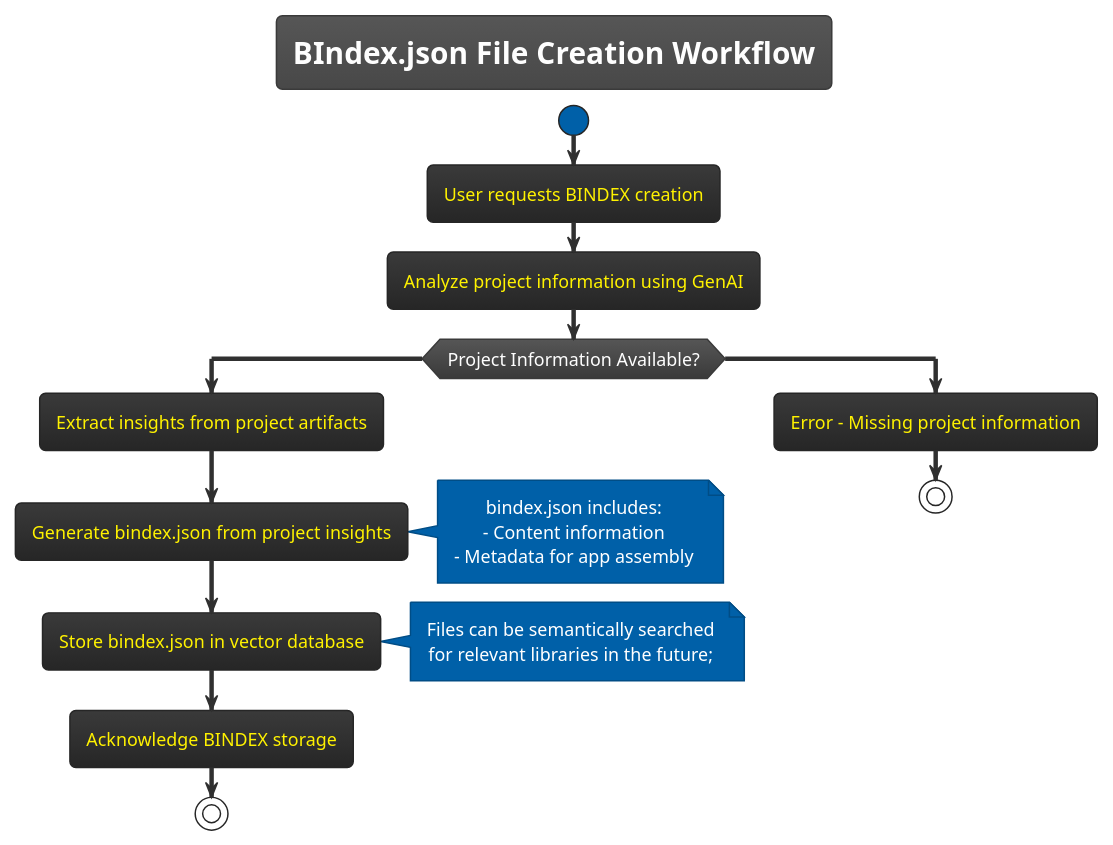
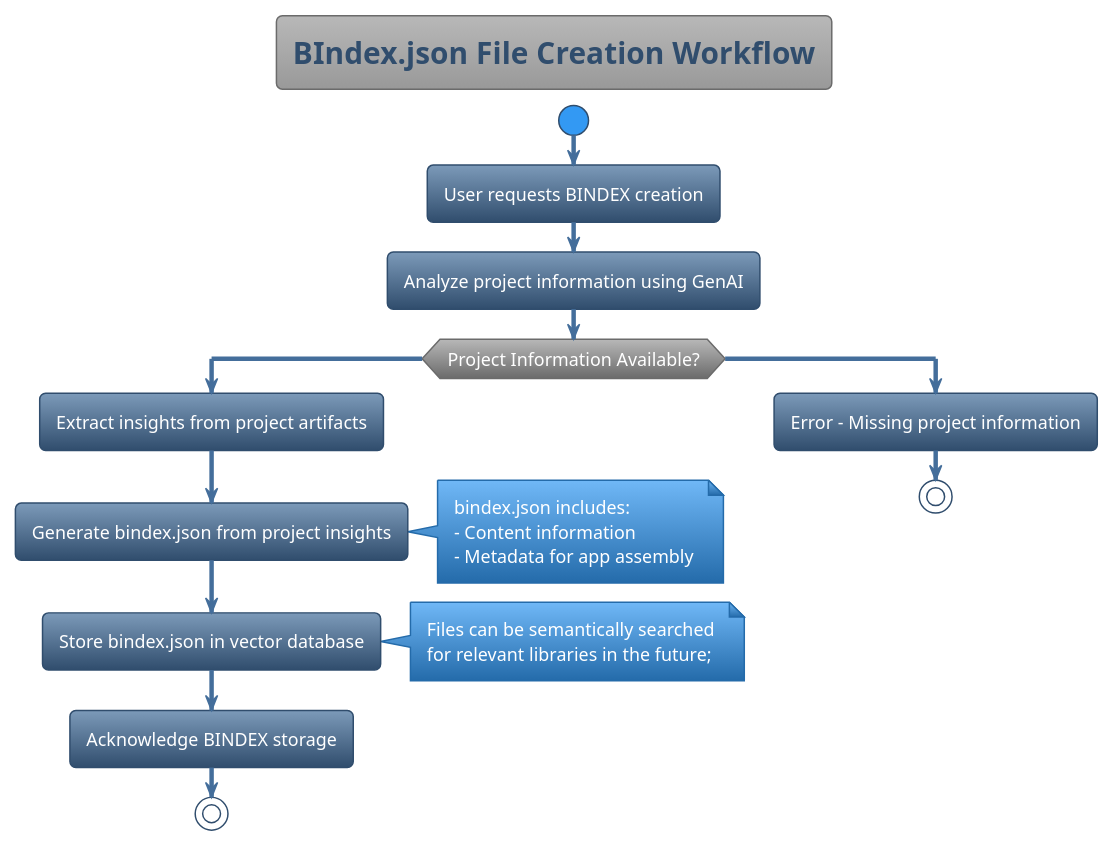
One commit to machanism-org/machai changed the diagram in src/site/puml/bindex-creation-workflow.puml. Above: the diagram before and after it, drawn with PlantUML. The commit also changed 5 other files, not shown here.

```diff
--- a/src/site/puml/bindex-creation-workflow.puml
+++ b/src/site/puml/bindex-creation-workflow.puml
@@ -1,21 +1,21 @@
 @startuml
-!theme black-knight
+!theme spacelab
 title BIndex.json File Creation Workflow
 
 start
 :User requests BINDEX creation;
 
 :Analyze project information using GenAI;
 if (Project Information Available?) then (Yes)
   :Extract insights from project artifacts;
   :Generate bindex.json from project insights;
   note right: bindex.json includes:\n- Content information\n- Metadata for app assembly
   :Store bindex.json in vector database;
   note right: Files can be semantically searched\nfor relevant libraries in the future;
   :Acknowledge BINDEX storage;
   stop
 else (No)
   :Error - Missing project information;
   stop
 endif
 @enduml
```
